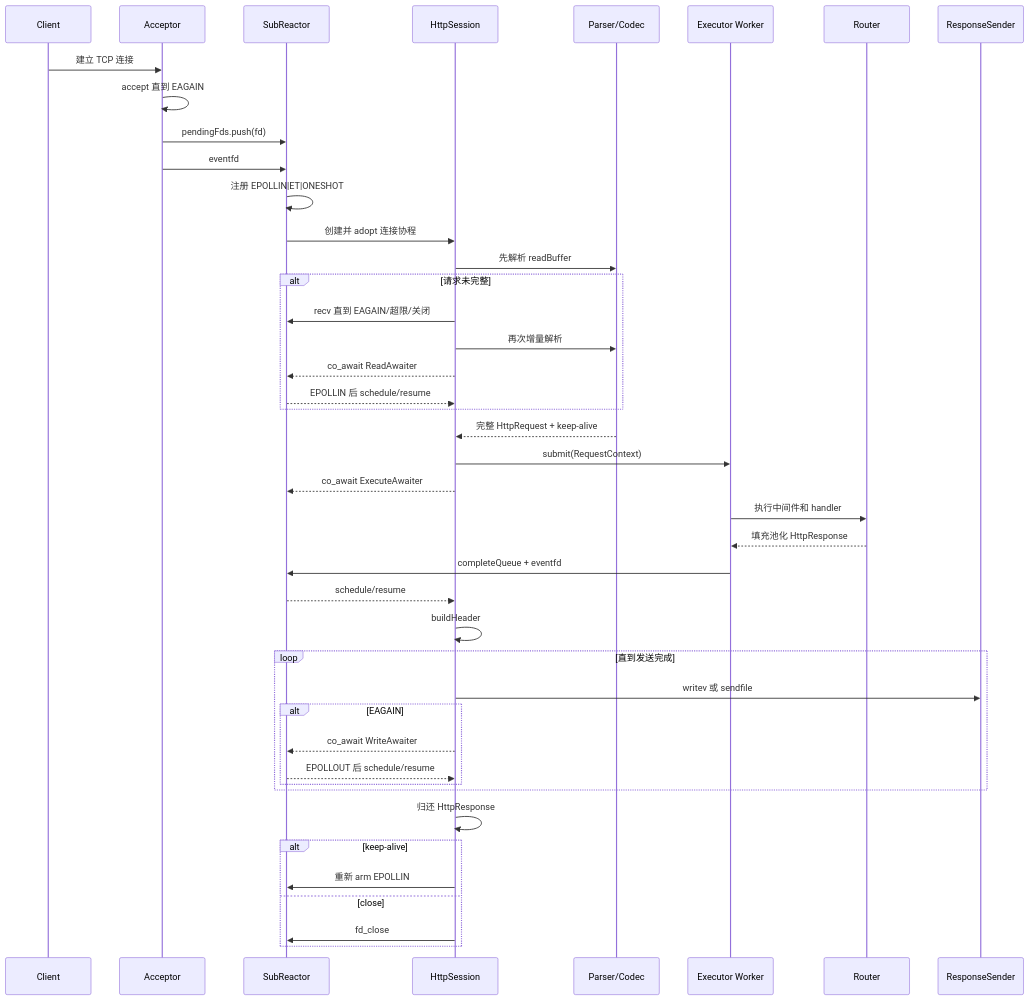
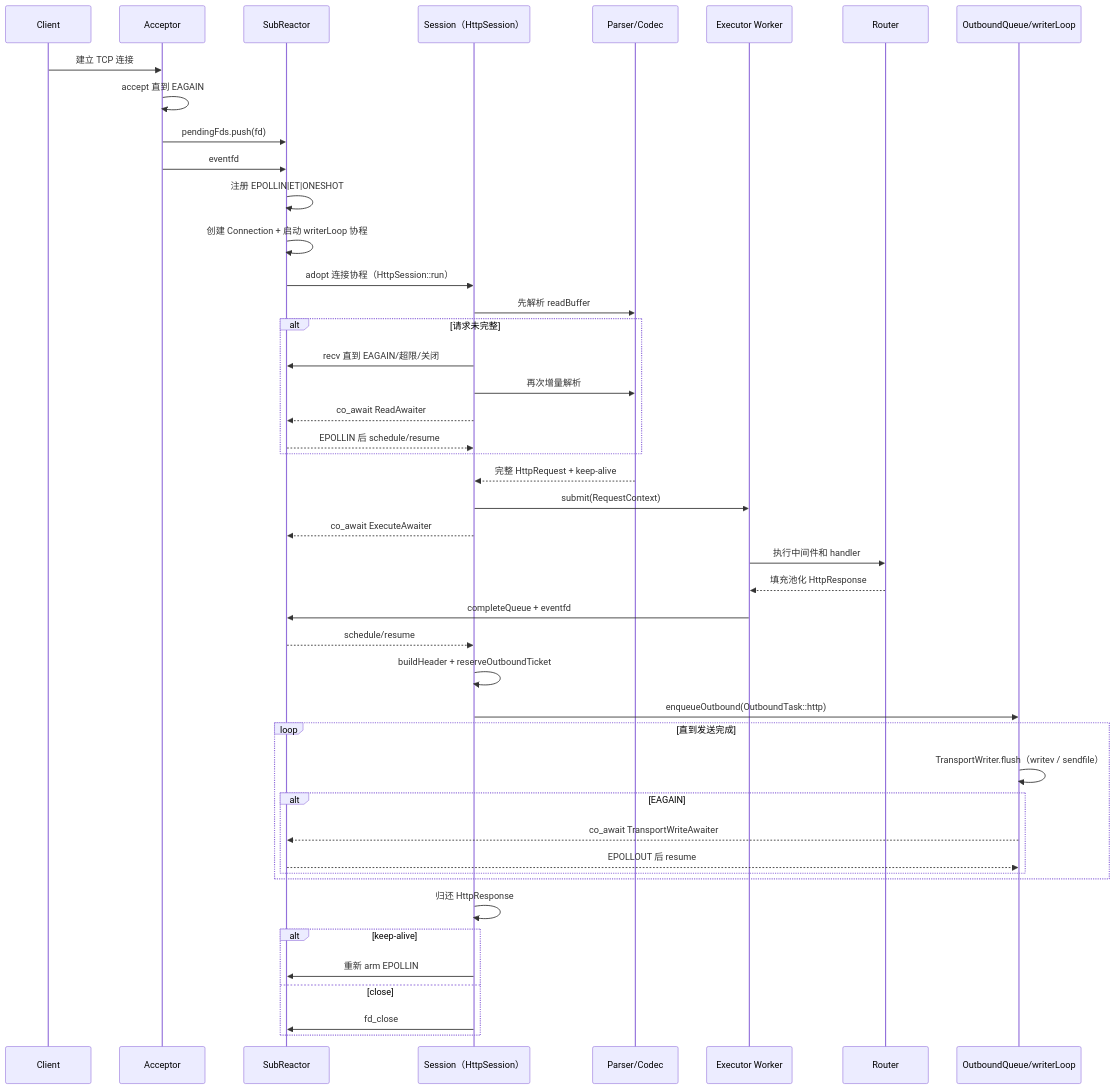
Before and after one commit to aurora-deng/web: the second of 5 diagrams in docs/architecture/ARCHITECTURE.md, drawn with Mermaid. The commit also changed other lines of this file and 145 other files, not shown here.

````diff
--- a/docs/architecture/ARCHITECTURE.md
+++ b/docs/architecture/ARCHITECTURE.md
@@ -52,46 +61,48 @@
 ```mermaid
 sequenceDiagram
     participant C as Client
     participant A as Acceptor
     participant R as SubReactor
-    participant S as HttpSession
+    participant S as Session（HttpSession）
     participant P as Parser/Codec
     participant E as Executor Worker
     participant RT as Router
-    participant RS as ResponseSender
+    participant OL as OutboundQueue/writerLoop
 
     C->>A: 建立 TCP 连接
     A->>A: accept 直到 EAGAIN
     A->>R: pendingFds.push(fd)
     A->>R: eventfd
     R->>R: 注册 EPOLLIN|ET|ONESHOT
-    R->>S: 创建并 adopt 连接协程
+    R->>R: 创建 Connection + 启动 writerLoop 协程
+    R->>S: adopt 连接协程（HttpSession::run）
     S->>P: 先解析 readBuffer
     alt 请求未完整
         S->>R: recv 直到 EAGAIN/超限/关闭
         S->>P: 再次增量解析
         S-->>R: co_await ReadAwaiter
         R-->>S: EPOLLIN 后 schedule/resume
     end
     P-->>S: 完整 HttpRequest + keep-alive
     S->>E: submit(RequestContext)
     S-->>R: co_await ExecuteAwaiter
     E->>RT: 执行中间件和 handler
     RT-->>E: 填充池化 HttpResponse
     E->>R: completeQueue + eventfd
     R-->>S: schedule/resume
-    S->>S: buildHeader
+    S->>S: buildHeader + reserveOutboundTicket
+    S->>OL: enqueueOutbound(OutboundTask::http)
     loop 直到发送完成
-        S->>RS: writev 或 sendfile
+        OL->>OL: TransportWriter.flush（writev / sendfile）
         alt EAGAIN
-            S-->>R: co_await WriteAwaiter
-            R-->>S: EPOLLOUT 后 schedule/resume
+            OL-->>R: co_await TransportWriteAwaiter
+            R-->>OL: EPOLLOUT 后 resume
         end
     end
     S->>S: 归还 HttpResponse
     alt keep-alive
         S->>R: 重新 arm EPOLLIN
     else close
         S->>R: fd_close
     end
 ```
````
